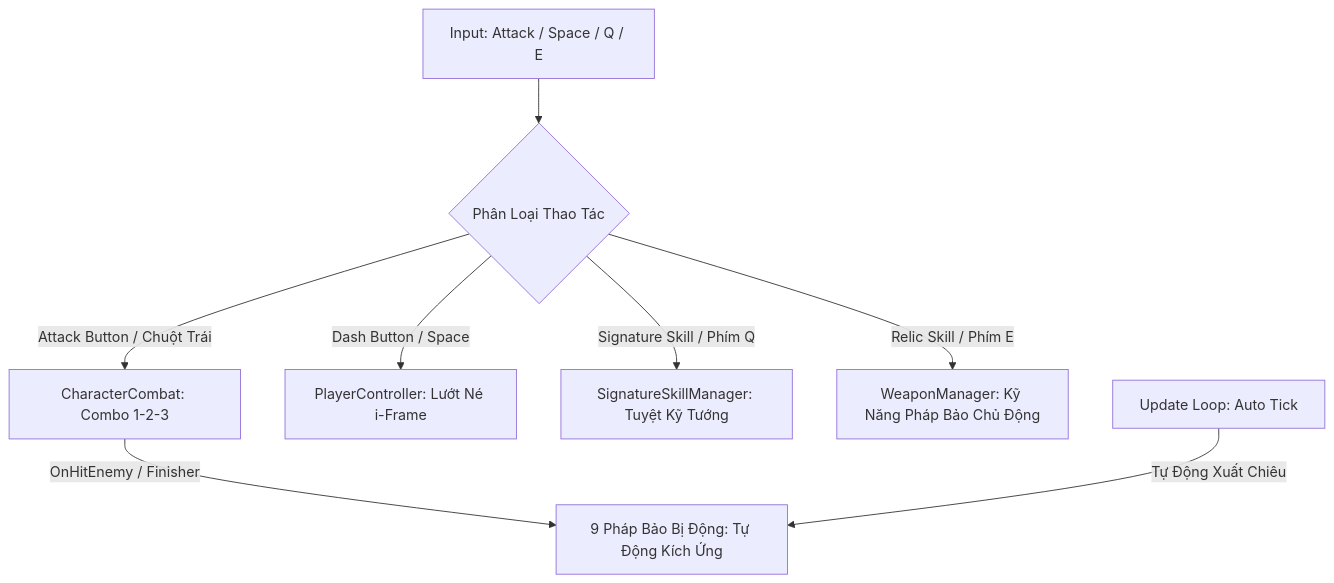
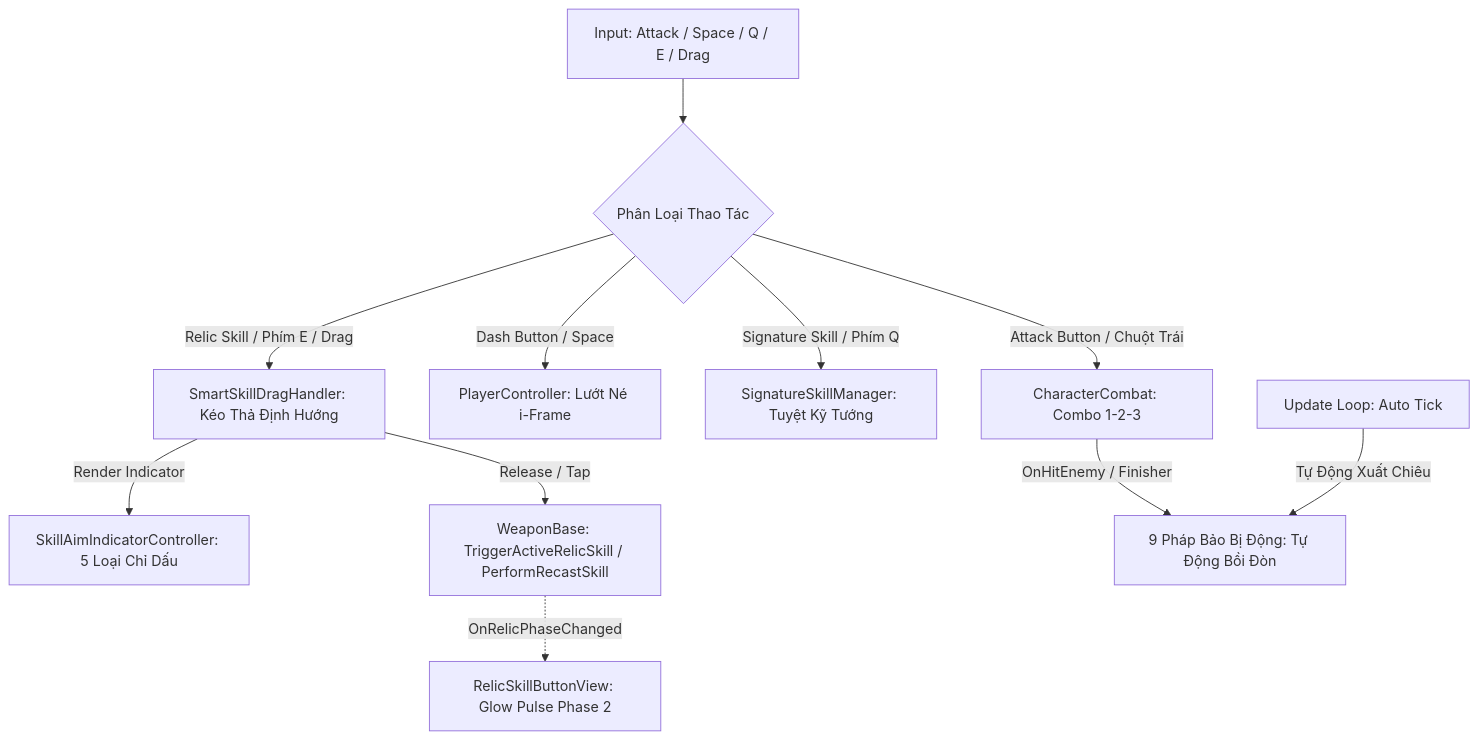
One commit to thuongtran1210/Projectzombie changed the first of 2 diagrams in Assets/Features/Weapons/WEAPON_SYSTEM_DOC.md. Above: the diagram before and after it, drawn with Mermaid. The commit also changed other lines of this file and 17 other files, not shown here.

Commit message:
feat: implement weapon system with new base classes, various weapon types, and UI controllers

````diff
--- a/Assets/Features/Weapons/WEAPON_SYSTEM_DOC.md
+++ b/Assets/Features/Weapons/WEAPON_SYSTEM_DOC.md
@@ -14,11 +14,16 @@
 ```mermaid
 graph TD
-    A[Input: Attack / Space / Q / E] --> B{Phân Loại Thao Tác}
+    A[Input: Attack / Space / Q / E / Drag] --> B{Phân Loại Thao Tác}
     B -->|Attack Button / Chuột Trái| C[CharacterCombat: Combo 1-2-3]
     B -->|Dash Button / Space| D[PlayerController: Lướt Né i-Frame]
     B -->|Signature Skill / Phím Q| E[SignatureSkillManager: Tuyệt Kỹ Tướng]
-    B -->|Relic Skill / Phím E| F[WeaponManager: Kỹ Năng Pháp Bảo Chủ Động]
+    B -->|Relic Skill / Phím E / Drag| F[SmartSkillDragHandler: Kéo Thả Định Hướng]
     
-    C -->|OnHitEnemy / Finisher| G[9 Pháp Bảo Bị Động: Tự Động Kích Ứng]
+    F -->|Render Indicator| AimCtrl[SkillAimIndicatorController: 5 Loại Chỉ Dấu]
+    F -->|Release / Tap| WB[WeaponBase: TriggerActiveRelicSkill / PerformRecastSkill]
+    
+    C -->|OnHitEnemy / Finisher| G[9 Pháp Bảo Bị Động: Tự Động Bồi Đòn]
     H[Update Loop: Auto Tick] -->|Tự Động Xuất Chiêu| G
+    
+    WB -.->|OnRelicPhaseChanged| HUD[RelicSkillButtonView: Glow Pulse Phase 2]
 ```
````
